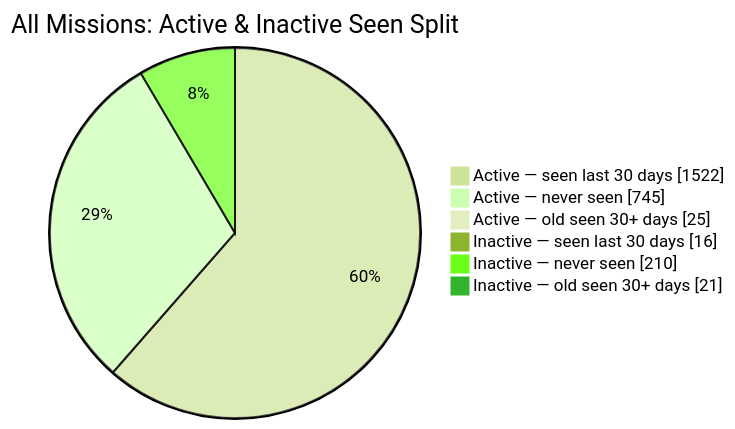
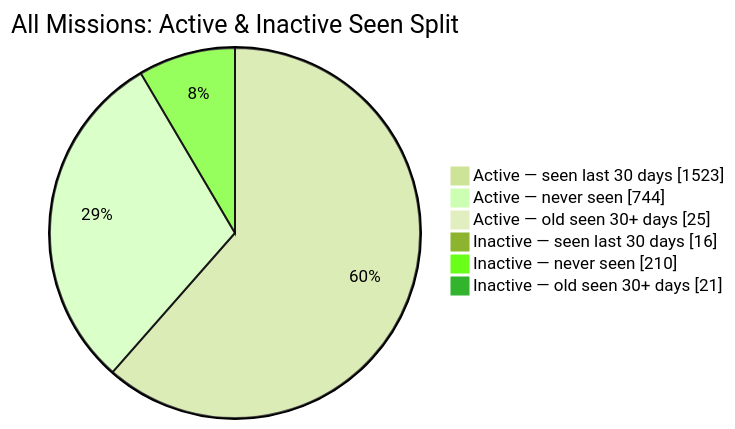
One commit to MeldkamerspelGameTeam/active-missions changed the second of 2 diagrams in README.md. Above: the diagram before and after it, drawn with Mermaid (forest theme). The commit also changed other lines of this file and 2 other files, not shown here.

````diff
--- a/README.md
+++ b/README.md
@@ -44,10 +44,10 @@
 ```mermaid
 pie showData
     title All Missions: Active & Inactive Seen Split
-    "Active — seen last 30 days" : 1522
-    "Active — never seen" : 745
+    "Active — seen last 30 days" : 1523
+    "Active — never seen" : 744
     "Active — old seen 30+ days" : 25
     "Inactive — seen last 30 days" : 16
     "Inactive — never seen" : 210
     "Inactive — old seen 30+ days" : 21
 ```
````
